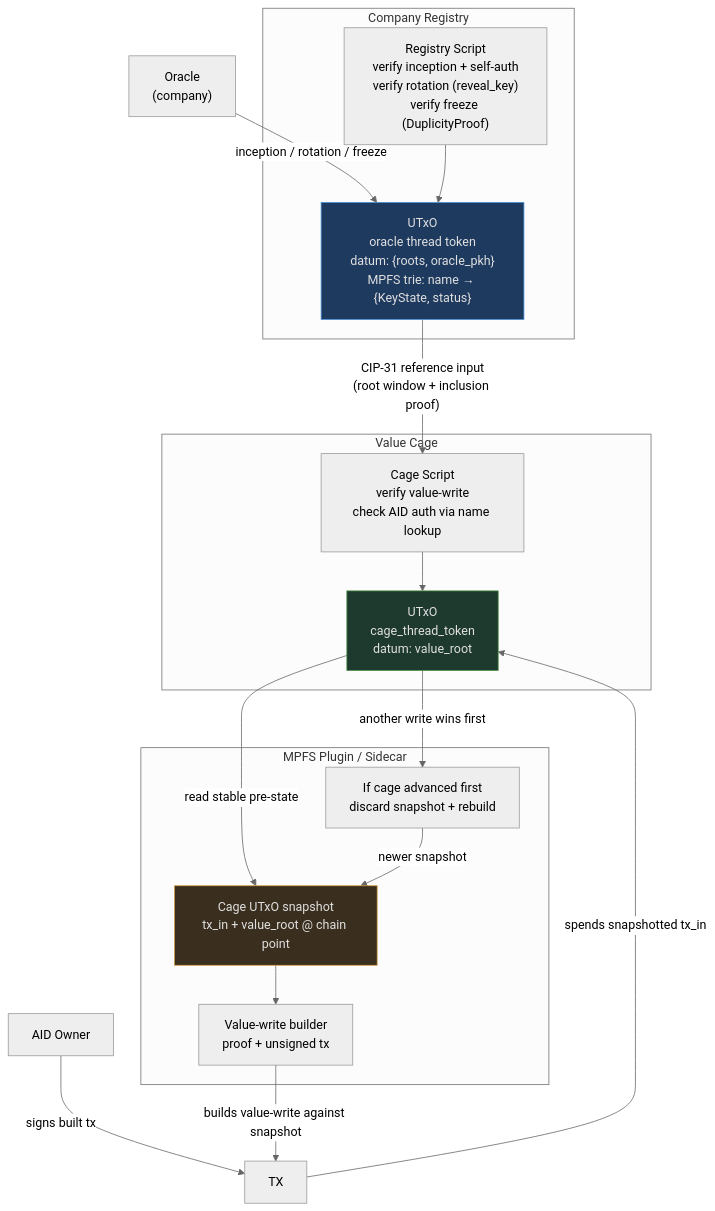
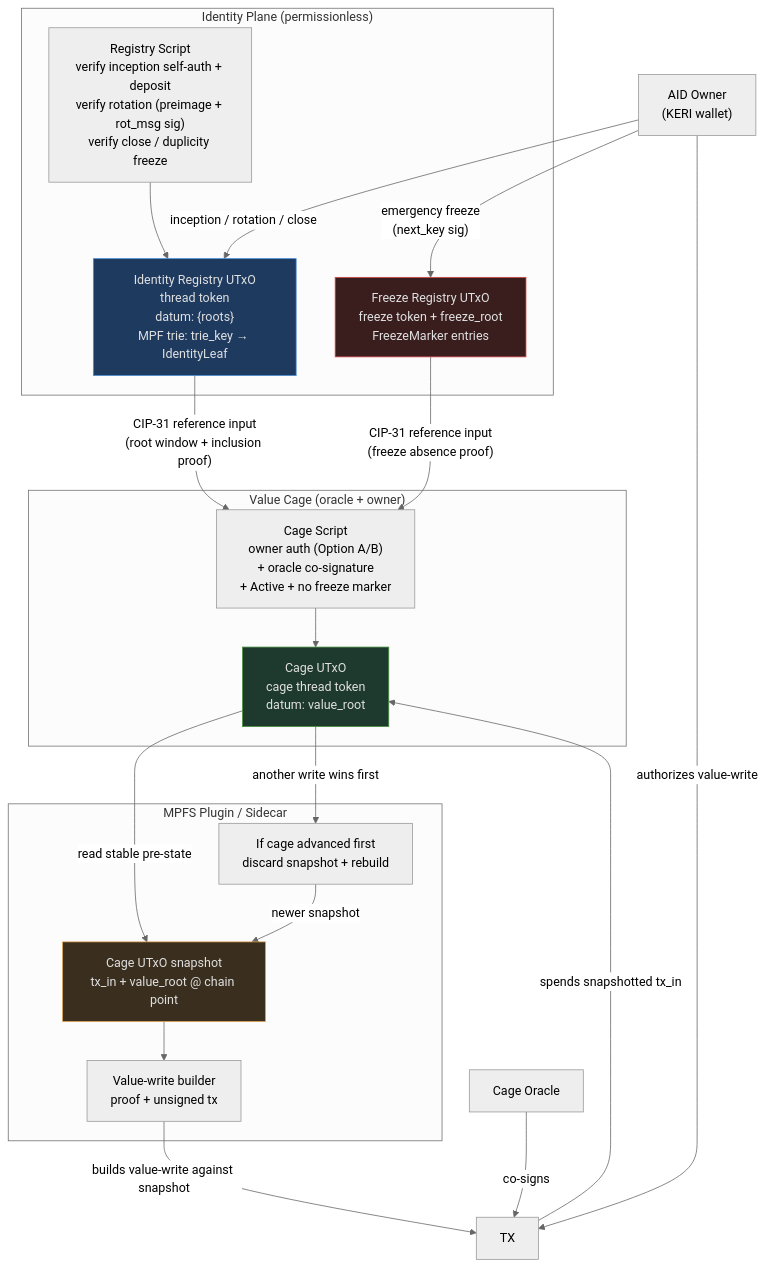
One commit to lambdasistemi/cardano-keri changed the diagram in docs/architecture/overview.md. Above: the diagram before and after it, drawn with Mermaid (neutral theme). The commit also changed other lines of this file and 3 other files, not shown here.

First line of the commit message:
docs: rewrite identity plane to the canonical permissionless model

````diff
--- a/docs/architecture/overview.md
+++ b/docs/architecture/overview.md
@@ -92,35 +155,40 @@
 ```mermaid
 flowchart TD
-    subgraph "Company Registry"
-        IR_UTxO["UTxO<br/>oracle thread token<br/>datum: {roots, oracle_pkh}<br/>MPFS trie: name → {KeyState, status}"]
-        IR_Script["Registry Script<br/>verify inception + self-auth<br/>verify rotation (reveal_key)<br/>verify freeze (DuplicityProof)"]
+    subgraph "Identity Plane (permissionless)"
+        IR_UTxO["Identity Registry UTxO<br/>thread token<br/>datum: {roots}<br/>MPF trie: trie_key → IdentityLeaf"]
+        FR_UTxO["Freeze Registry UTxO<br/>freeze token + freeze_root<br/>FreezeMarker entries"]
+        IR_Script["Registry Script<br/>verify inception self-auth + deposit<br/>verify rotation (preimage + rot_msg sig)<br/>verify close / duplicity freeze"]
     end
 
-    subgraph "Value Cage"
-        VC_UTxO["UTxO<br/>cage_thread_token<br/>datum: value_root"]
-        VC_Script["Cage Script<br/>verify value-write<br/>check AID auth via name lookup"]
+    subgraph "Value Cage (oracle + owner)"
+        VC_UTxO["Cage UTxO<br/>cage thread token<br/>datum: value_root"]
+        VC_Script["Cage Script<br/>owner auth (Option A/B)<br/>+ oracle co-signature<br/>+ Active + no freeze marker"]
     end
 
     subgraph "MPFS Plugin / Sidecar"
         Snapshot["Cage UTxO snapshot<br/>tx_in + value_root @ chain point"]
         Builder["Value-write builder<br/>proof + unsigned tx"]
         Rebuild["If cage advanced first<br/>discard snapshot + rebuild"]
     end
 
-    Oracle["Oracle<br/>(company)"] -->|"inception / rotation / freeze"| IR_UTxO
+    Owner["AID Owner<br/>(KERI wallet)"] -->|"inception / rotation / close"| IR_UTxO
+    Owner -->|"emergency freeze<br/>(next_key sig)"| FR_UTxO
     VC_UTxO -->|"read stable pre-state"| Snapshot
     Snapshot --> Builder
-    AID_Owner["AID Owner"] -->|"signs built tx"| TX
+    Owner -->|"authorizes value-write"| TX
+    Oracle["Cage Oracle"] -->|"co-signs"| TX
     Builder -->|"builds value-write against snapshot"| TX
     TX -->|"spends snapshotted tx_in"| VC_UTxO
     VC_UTxO -->|"another write wins first"| Rebuild
     Rebuild -->|"newer snapshot"| Snapshot
     IR_UTxO -->|"CIP-31 reference input<br/>(root window + inclusion proof)"| VC_Script
+    FR_UTxO -->|"CIP-31 reference input<br/>(freeze absence proof)"| VC_Script
 
     IR_Script --> IR_UTxO
     VC_Script --> VC_UTxO
 
     style IR_UTxO fill:#1e3a5f,stroke:#4a90d9,color:#e0e0e0
+    style FR_UTxO fill:#3a1e1e,stroke:#d94a4a,color:#e0e0e0
     style VC_UTxO fill:#1e3a2f,stroke:#4a9040,color:#e0e0e0
     style Snapshot fill:#3a2f1e,stroke:#d9a04a,color:#e0e0e0
 ```
````
